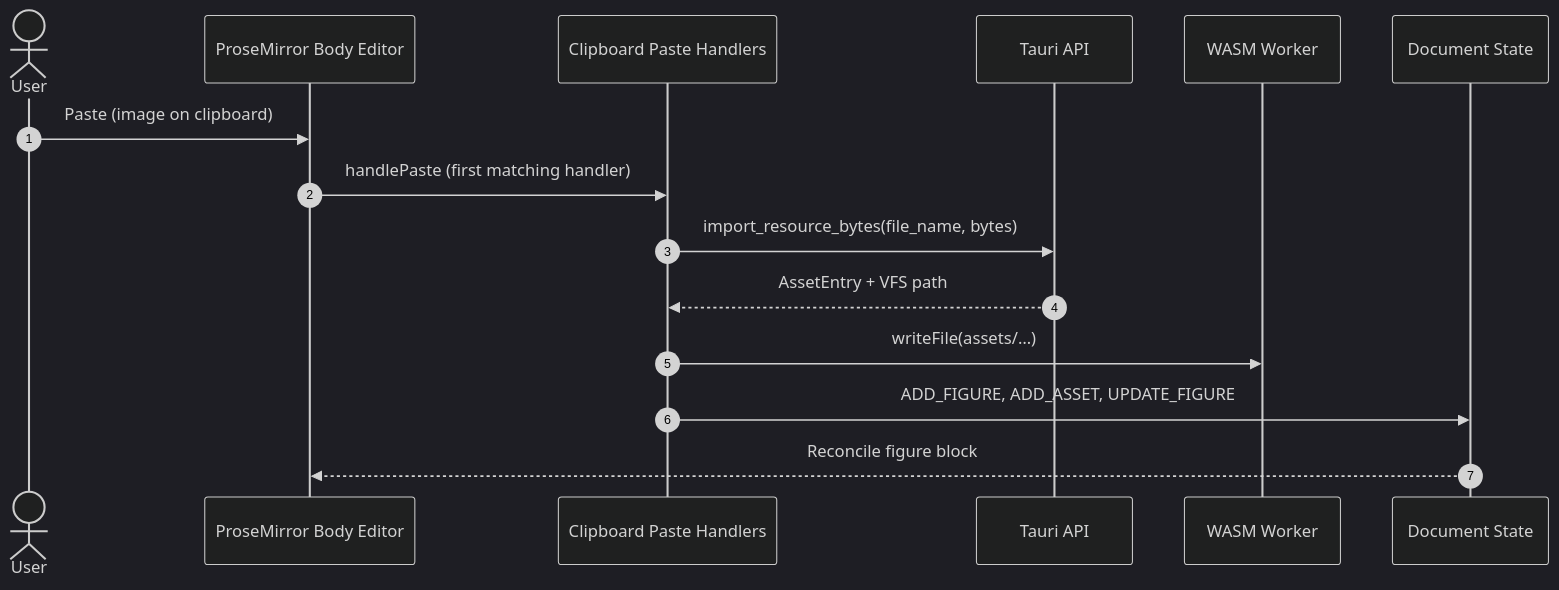
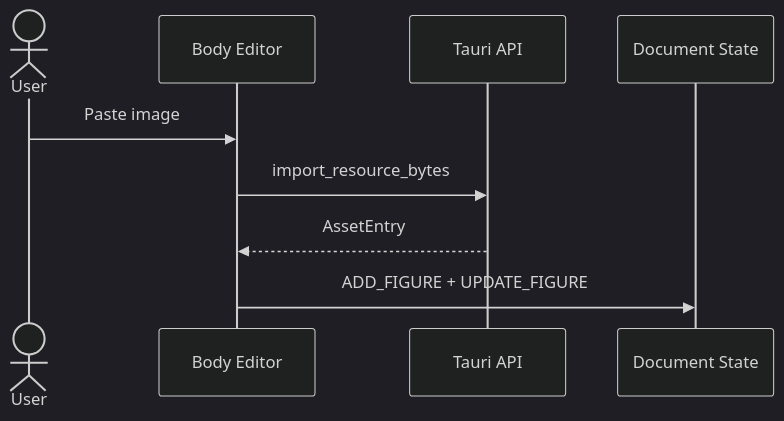
Before and after one commit to andmoreduro/ergo: the second of 10 diagrams in context/sequence-diagrams.md, drawn with Mermaid (dark theme). The commit also changed other lines of this file and 372 other files, not shown here.

````diff
--- a/context/sequence-diagrams.md
+++ b/context/sequence-diagrams.md
@@ -51,19 +42,11 @@
 ```mermaid
 sequenceDiagram
-    autonumber
-
     actor User
-    participant PM as ProseMirror Body Editor
-    participant Paste as Clipboard Paste Handlers
+    participant PM as Body Editor
     participant API as Tauri API
-    participant Worker as WASM Worker
     participant State as Document State
-
-    User->>PM: Paste (image on clipboard)
-    PM->>Paste: handlePaste (first matching handler)
-    Paste->>API: import_resource_bytes(file_name, bytes)
-    API-->>Paste: AssetEntry + VFS path
-    Paste->>Worker: writeFile(assets/…)
-    Paste->>State: ADD_FIGURE, ADD_ASSET, UPDATE_FIGURE
-    State-->>PM: Reconcile figure block
+    User->>PM: Paste image
+    PM->>API: import_resource_bytes
+    API-->>PM: AssetEntry
+    PM->>State: ADD_FIGURE + UPDATE_FIGURE
 ```
````
